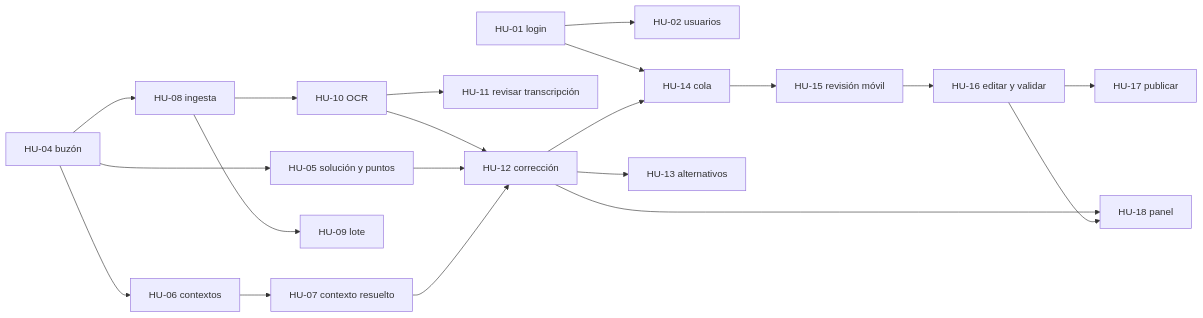
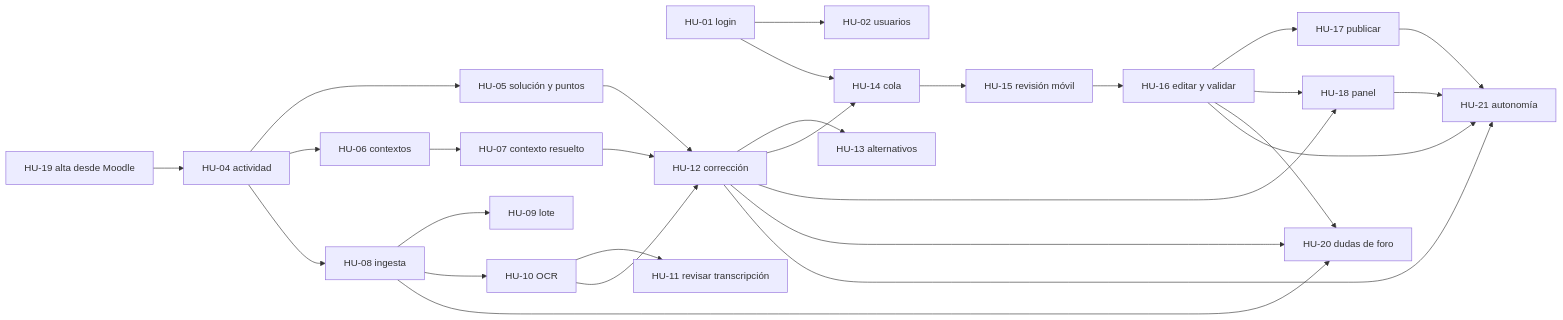
Before and after one commit to jamataran/vega: the second of 2 diagrams in docs/hu/README.md, drawn with Mermaid. The commit also changed other lines of this file and 19 other files, not shown here.

````diff
--- a/docs/hu/README.md
+++ b/docs/hu/README.md
@@ -119,22 +122,30 @@
 ```mermaid
 graph LR
   HU01[HU-01 login] --> HU02[HU-02 usuarios]
   HU01 --> HU14[HU-14 cola]
-  HU04[HU-04 buzón] --> HU05[HU-05 solución y puntos]
+  HU19[HU-19 alta desde Moodle] --> HU04[HU-04 actividad]
+  HU04 --> HU05[HU-05 solución y puntos]
   HU04 --> HU06[HU-06 contextos]
   HU06 --> HU07[HU-07 contexto resuelto]
   HU04 --> HU08[HU-08 ingesta]
   HU08 --> HU09[HU-09 lote]
   HU08 --> HU10[HU-10 OCR]
   HU10 --> HU11[HU-11 revisar transcripción]
   HU10 --> HU12[HU-12 corrección]
   HU05 --> HU12
   HU07 --> HU12
   HU12 --> HU13[HU-13 alternativos]
   HU12 --> HU14
   HU14 --> HU15[HU-15 revisión móvil]
   HU15 --> HU16[HU-16 editar y validar]
   HU16 --> HU17[HU-17 publicar]
   HU12 --> HU18[HU-18 panel]
   HU16 --> HU18
+  HU08 --> HU20[HU-20 dudas de foro]
+  HU12 --> HU20
+  HU16 --> HU20
+  HU12 --> HU21[HU-21 autonomía]
+  HU16 --> HU21
+  HU17 --> HU21
+  HU18 --> HU21
 ```
````
